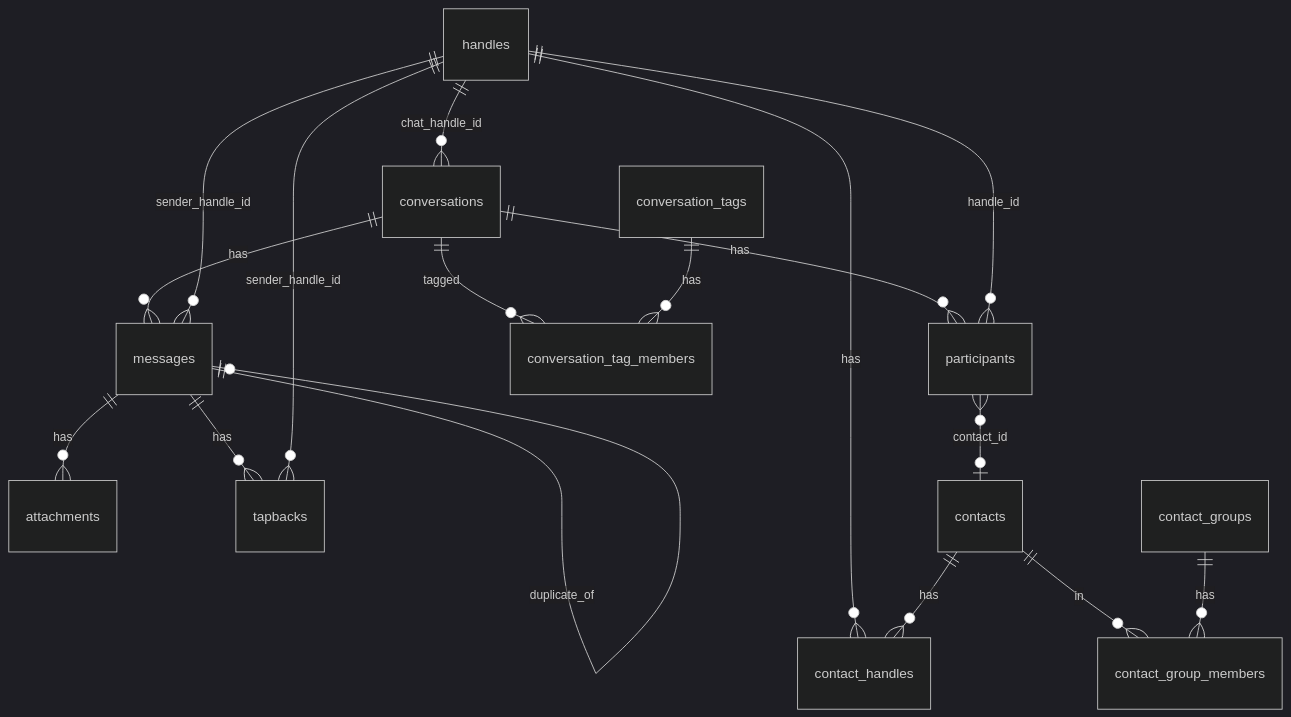
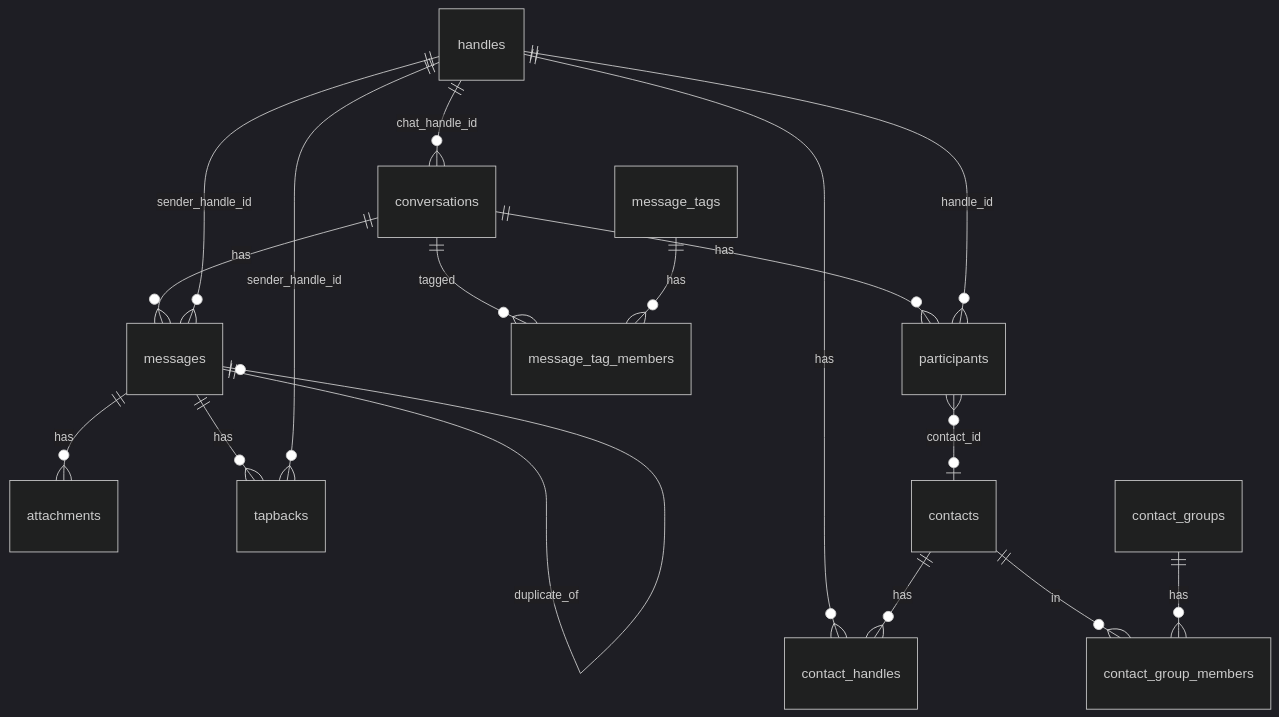
Before and after one commit to bitrealm-dev/message-vault: the first of 2 diagrams in docs/src/content/docs/vault/developer/reference/database.md, drawn with Mermaid (dark theme). The commit also changed other lines of this file and 33 other files, not shown here.

First line of the commit message:
refactor: rename Thread Tag to Message Tag across the vault

````diff
--- a/docs/src/content/docs/vault/developer/reference/database.md
+++ b/docs/src/content/docs/vault/developer/reference/database.md
@@ -19,19 +19,19 @@
 ```mermaid
 erDiagram
     conversations ||--o{ participants : "has"
     conversations ||--o{ messages : "has"
     messages ||--o{ attachments : "has"
     messages ||--o{ tapbacks : "has"
     messages ||--o| messages : "duplicate_of"
     handles ||--o{ conversations : "chat_handle_id"
     handles ||--o{ participants : "handle_id"
     handles ||--o{ messages : "sender_handle_id"
     handles ||--o{ tapbacks : "sender_handle_id"
     handles ||--o{ contact_handles : "has"
     contacts ||--o{ contact_handles : "has"
     contacts ||--o{ contact_group_members : "in"
     contact_groups ||--o{ contact_group_members : "has"
-    conversations ||--o{ conversation_tag_members : "tagged"
-    conversation_tags ||--o{ conversation_tag_members : "has"
+    conversations ||--o{ message_tag_members : "tagged"
+    message_tags ||--o{ message_tag_members : "has"
     participants }o--o| contacts : "contact_id"
 ```
````
